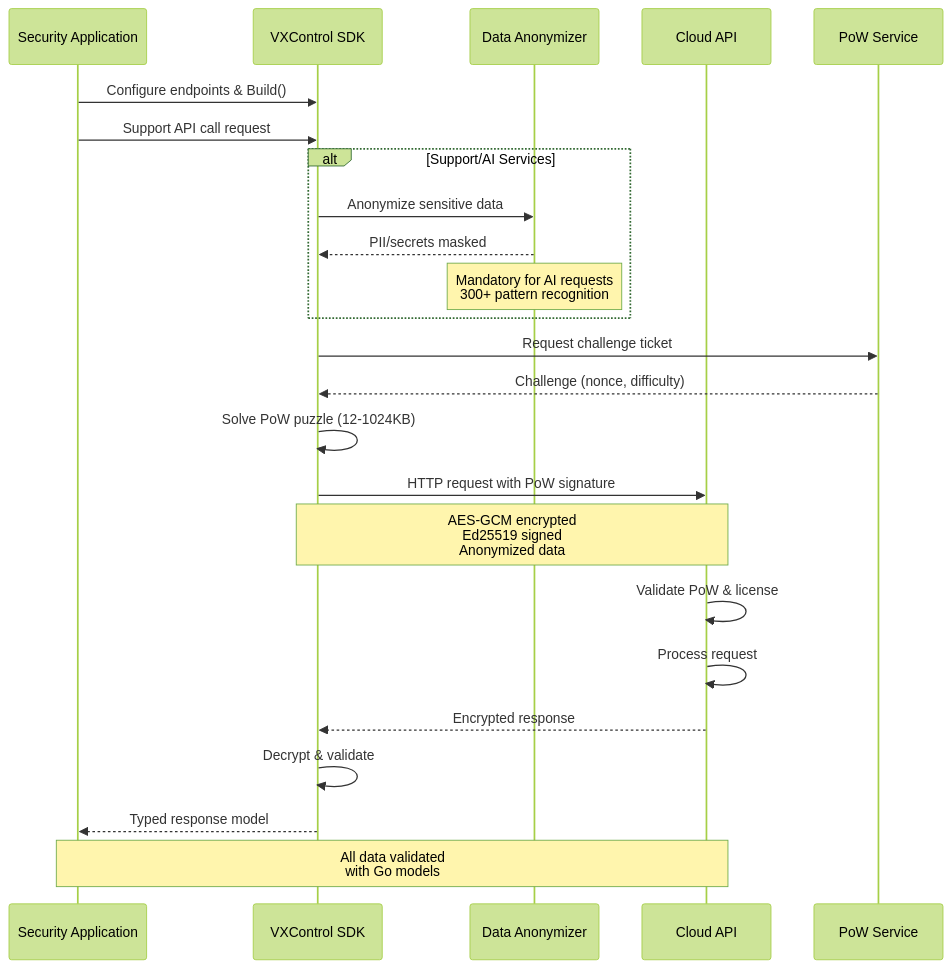
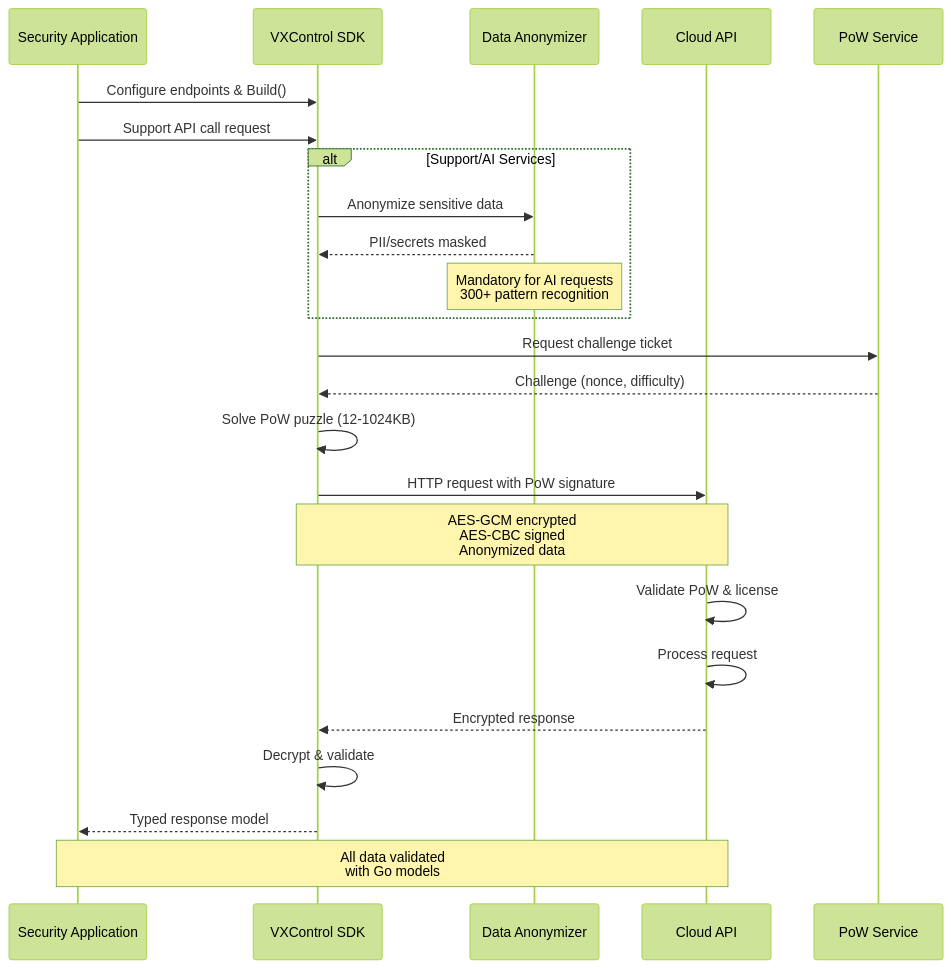
One commit to vxcontrol/cloud changed the diagram in API.md. Above: the diagram before and after it, drawn with Mermaid (forest theme). The commit also changed other lines of this file and 7 other files, not shown here.

````diff
--- a/API.md
+++ b/API.md
@@ -9,33 +9,33 @@
 ```mermaid
 sequenceDiagram
     participant App as Security Application
     participant SDK as VXControl SDK
     participant Anon as Data Anonymizer
     participant API as Cloud API
     participant PoW as PoW Service
 
     App->>SDK: Configure endpoints & Build()
     App->>SDK: Support API call request
 
     alt Support/AI Services
         SDK->>Anon: Anonymize sensitive data
         Anon-->>SDK: PII/secrets masked
         Note over Anon: Mandatory for AI requests<br/>300+ pattern recognition
     end
 
     SDK->>PoW: Request challenge ticket
     PoW-->>SDK: Challenge (nonce, difficulty)
     SDK->>SDK: Solve PoW puzzle (12-1024KB)
 
     SDK->>API: HTTP request with PoW signature
-    Note over SDK,API: AES-GCM encrypted<br/>Ed25519 signed<br/>Anonymized data
+    Note over SDK,API: AES-GCM encrypted<br/>AES-CBC signed<br/>Anonymized data
 
     API->>API: Validate PoW & license
     API->>API: Process request
     API-->>SDK: Encrypted response
 
     SDK->>SDK: Decrypt & validate
     SDK-->>App: Typed response model
 
     Note over App,API: All data validated<br/>with Go models
 ```
````
